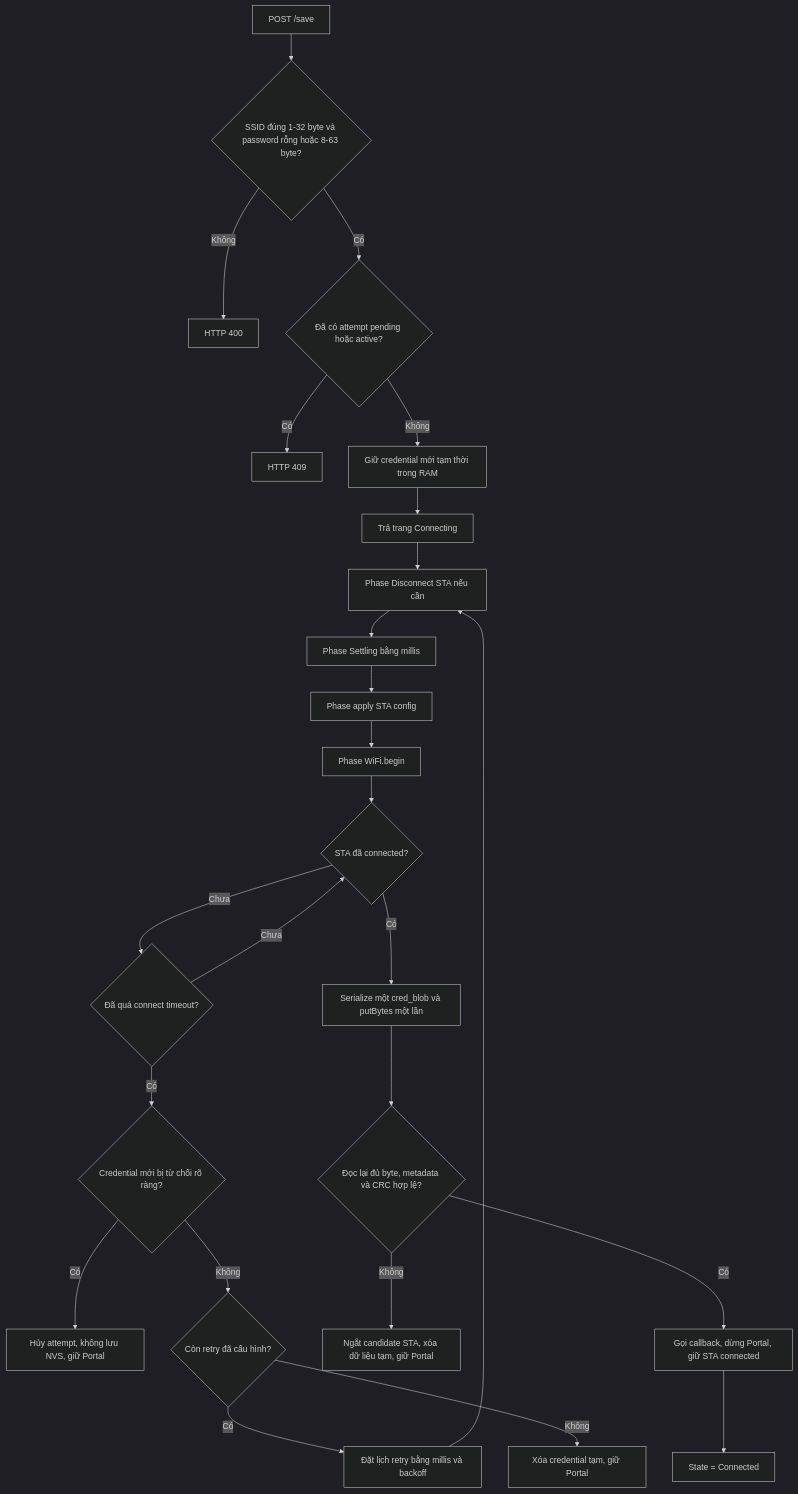
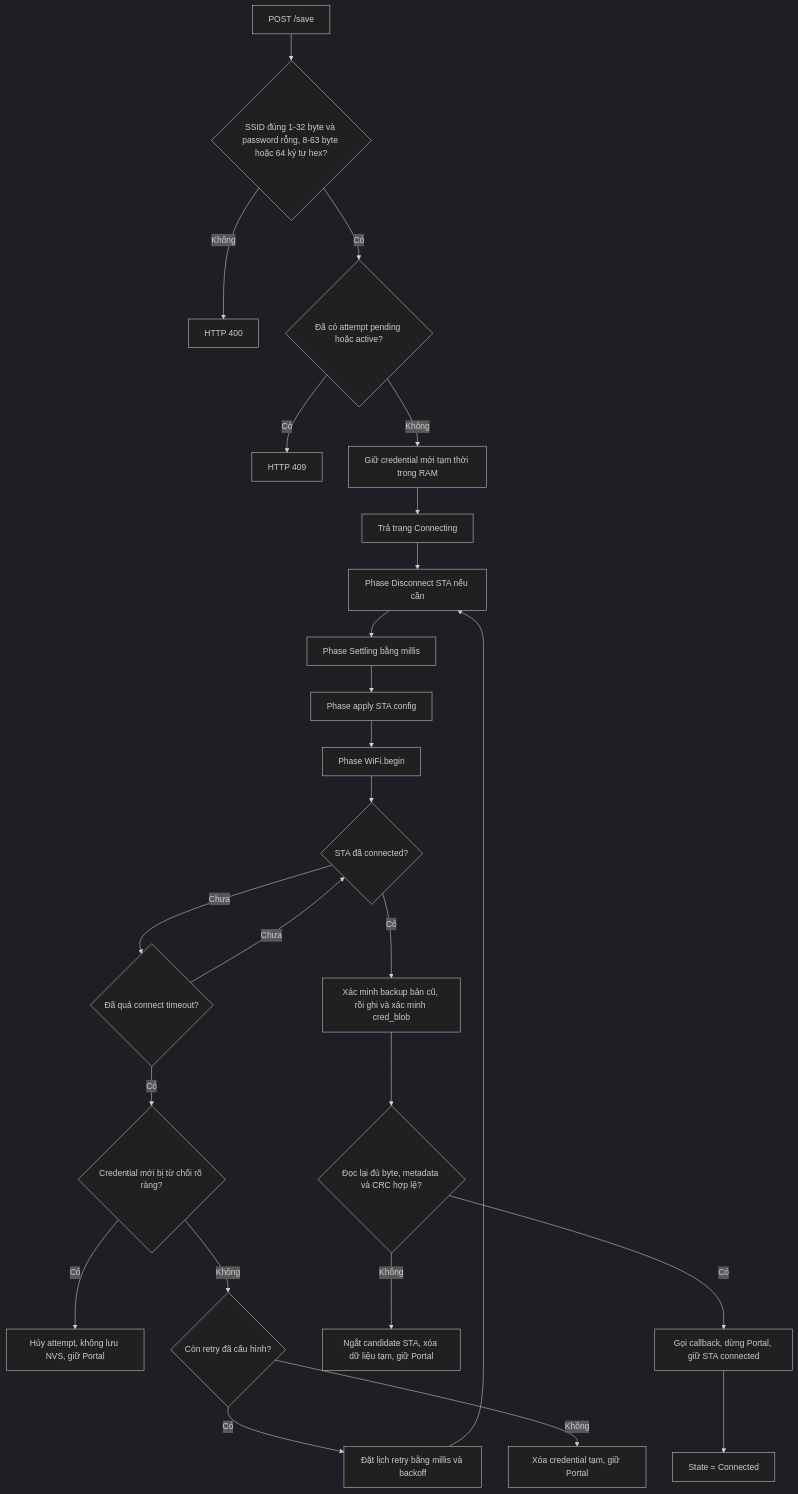
One commit to NguyenHien-8/ESP32WiFiPortal changed the fifth of 11 diagrams in docs/FlowChart_VI.md. Above: the diagram before and after it, drawn with Mermaid (dark theme). The commit also changed other lines of this file and 23 other files, not shown here.

````diff
--- a/docs/FlowChart_VI.md
+++ b/docs/FlowChart_VI.md
@@ -127,27 +129,27 @@
 ```mermaid
 flowchart TD
-    A[POST /save] --> B{SSID đúng 1-32 byte và password rỗng hoặc 8-63 byte?}
+    A[POST /save] --> B{SSID đúng 1-32 byte và password rỗng, 8-63 byte hoặc 64 ký tự hex?}
     B -- Không --> C[HTTP 400]
     B -- Có --> D{Đã có attempt pending hoặc active?}
     D -- Có --> E[HTTP 409]
     D -- Không --> F[Giữ credential mới tạm thời trong RAM]
     F --> G[Trả trang Connecting]
     G --> H[Phase Disconnect STA nếu cần]
     H --> U[Phase Settling bằng millis]
     U --> V[Phase apply STA config]
     V --> W[Phase WiFi.begin]
     W --> I{STA đã connected?}
     I -- Chưa --> J{Đã quá connect timeout?}
     J -- Chưa --> I
     J -- Có --> K{Credential mới bị từ chối rõ ràng?}
     K -- Có --> L[Hủy attempt, không lưu NVS, giữ Portal]
     K -- Không --> R{Còn retry đã cấu hình?}
     R -- Có --> S[Đặt lịch retry bằng millis và backoff]
     S --> H
     R -- Không --> T[Xóa credential tạm, giữ Portal]
-    I -- Có --> M[Serialize một cred_blob và putBytes một lần]
+    I -- Có --> M[Xác minh backup bản cũ, rồi ghi và xác minh cred_blob]
     M --> N{Đọc lại đủ byte, metadata và CRC hợp lệ?}
     N -- Không --> O[Ngắt candidate STA, xóa dữ liệu tạm, giữ Portal]
     N -- Có --> P[Gọi callback, dừng Portal, giữ STA connected]
     P --> Q[State = Connected]
 ```
````
